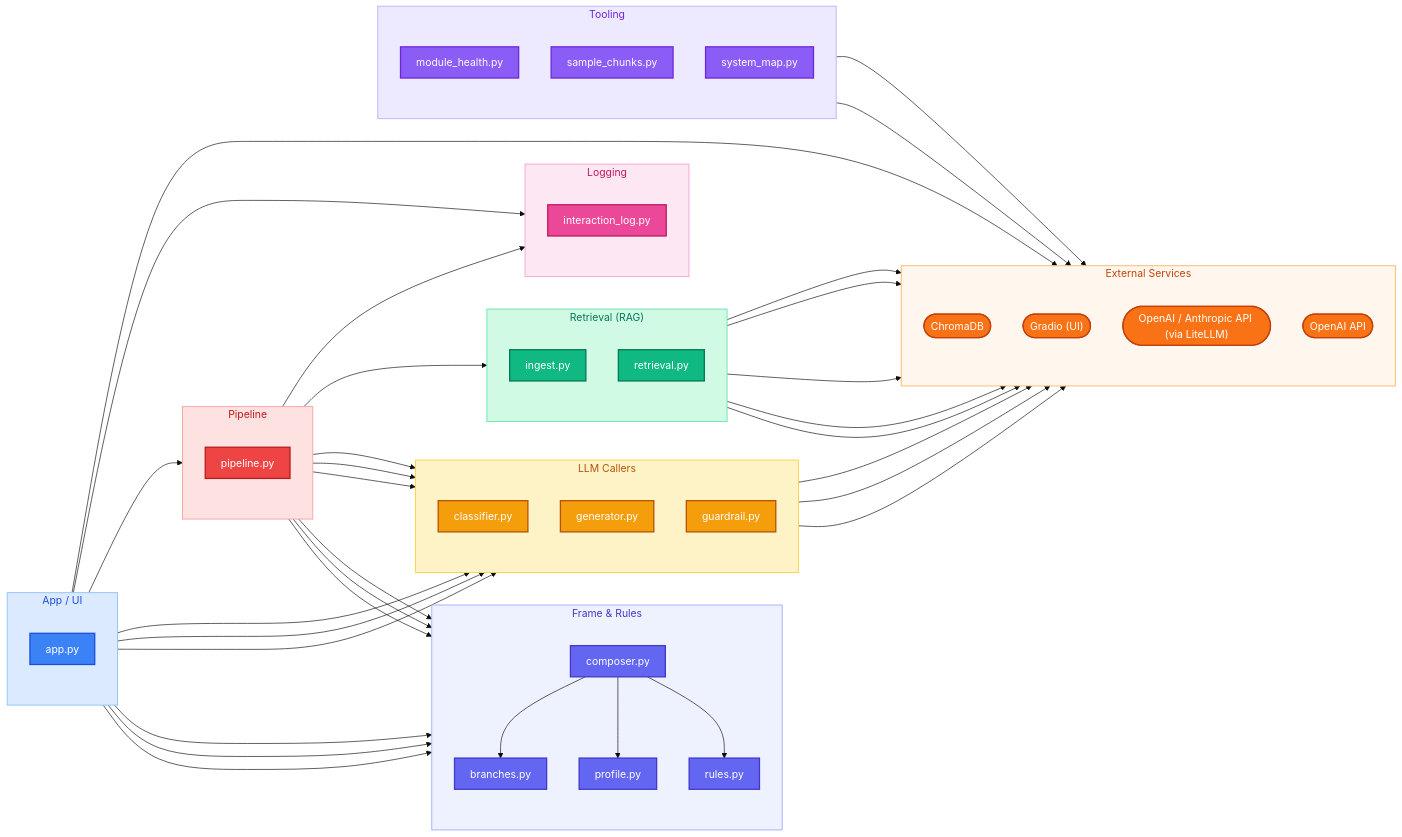
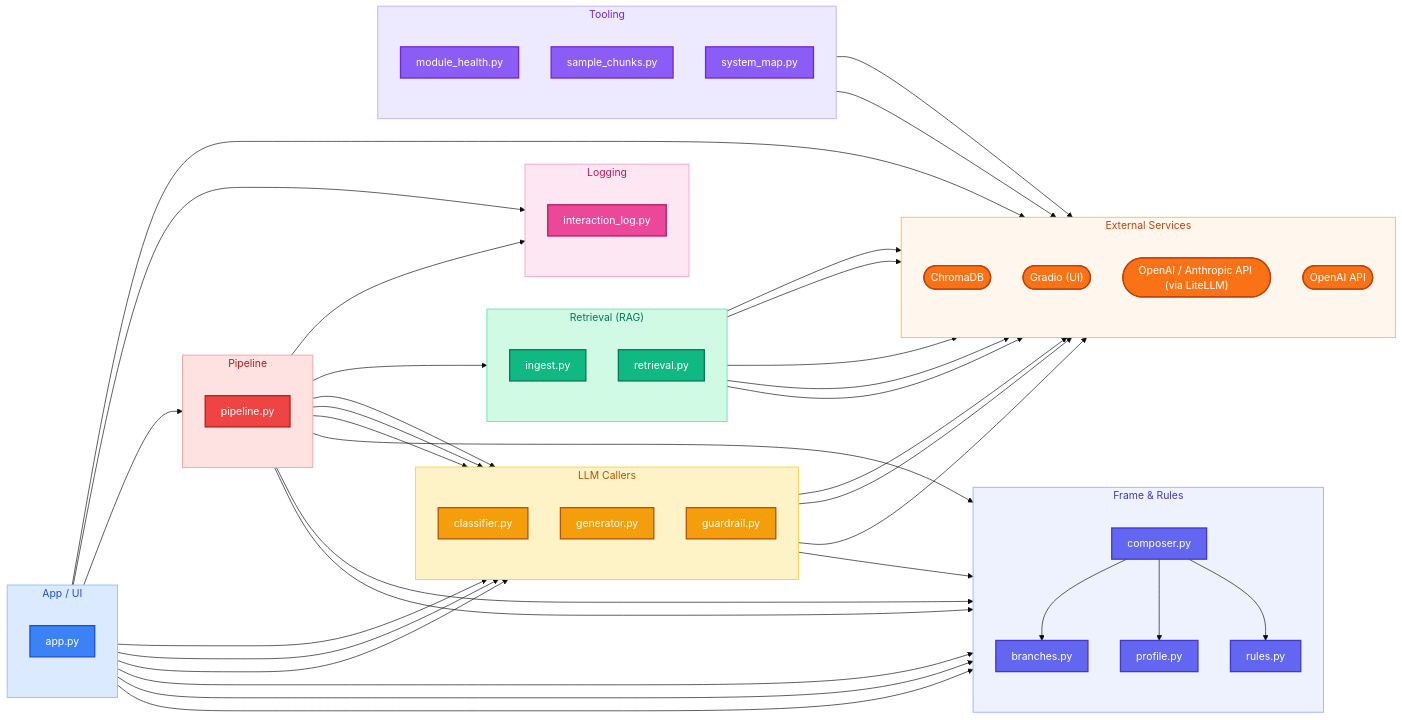
The second of 2 diagrams in docs/MAP.md (AlejandroFuentePinero/digital-twin), drawn with Mermaid (base theme) before and after one commit. The commit also changed other lines of this file, not shown here.

First line of the commit message:
Refresh MAP.md after Session 22 (branches.py + #22's guardrail->rules edge)

```diff
--- a/docs/MAP.md
+++ b/docs/MAP.md
@@ -124,6 +133,7 @@
   composer --> branches
   composer --> profile
   composer --> rules
+  guardrail --> rules
   pipeline --> branches
   pipeline --> classifier
   pipeline --> composer
```
